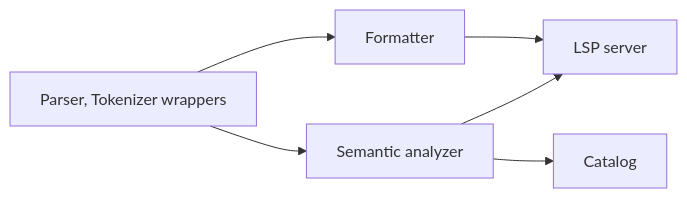
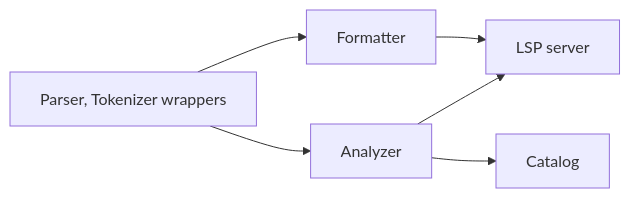
Before and after one commit to LalitMaganti/syntaqlite: the fourth of 6 diagrams in web/docs/content/contributing/architecture.md, drawn with Mermaid. The commit also changed other lines of this file and 41 other files, not shown here.

```diff
--- a/web/docs/content/contributing/architecture.md
+++ b/web/docs/content/contributing/architecture.md
@@ -57,8 +57,8 @@
 <div class="mermaid">
 graph LR
     RustAPI["Parser, Tokenizer wrappers"] --> Fmt["Formatter"]
-    RustAPI --> Sem["Semantic analyzer"]
+    RustAPI --> Sem["Analyzer"]
     Sem --> Cat["Catalog"]
     Fmt --> Lsp["LSP server"]
     Sem --> Lsp
 </div>
```
